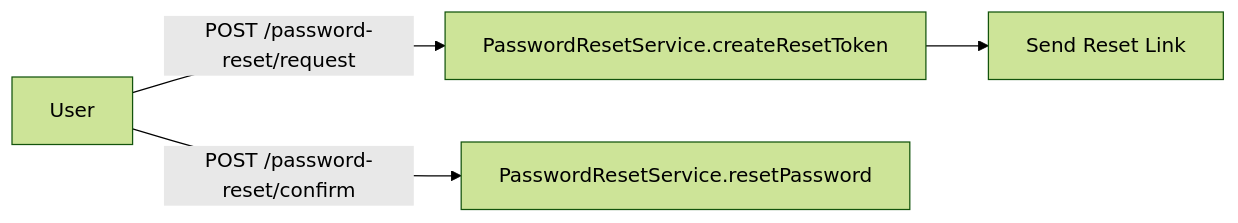
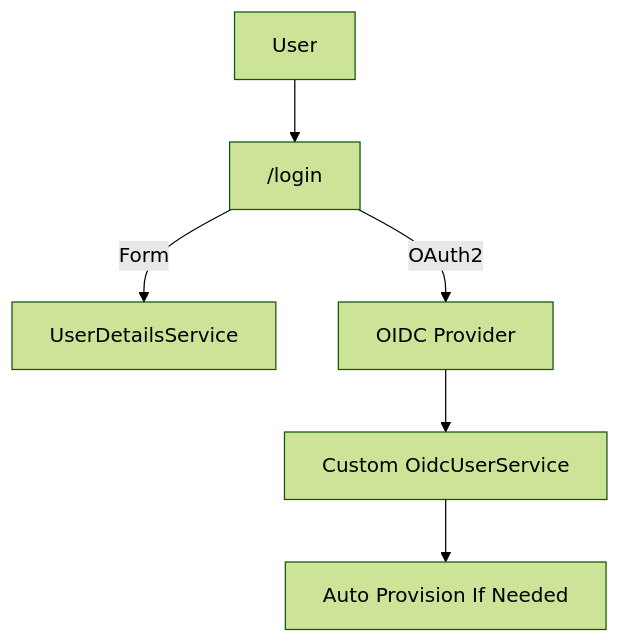
The fifth of 8 diagrams in docs/architecture/authorization-service-core/authorization-service-core.md (Praesto-Pro/openframe-oss-tenant), drawn with Mermaid (forest theme) before and after one commit. The commit also changed other lines of this file and 149 other files, not shown here.

````diff
--- a/docs/architecture/authorization-service-core/authorization-service-core.md
+++ b/docs/architecture/authorization-service-core/authorization-service-core.md
@@ -267,6 +169,8 @@
 ```mermaid
-flowchart LR
-    User["User"] -->|"POST /password-reset/request"| CreateToken["PasswordResetService.createResetToken"]
-    CreateToken --> Email["Send Reset Link"]
-    User -->|"POST /password-reset/confirm"| ResetPassword["PasswordResetService.resetPassword"]
+flowchart TD
+    User["User"] --> Login["/login"]
+    Login -->|"Form"| AuthDB["UserDetailsService"]
+    Login -->|"OAuth2"| OIDC["OIDC Provider"]
+    OIDC --> OidcUserService["Custom OidcUserService"]
+    OidcUserService --> AutoProv["Auto Provision If Needed"]
 ```
````
